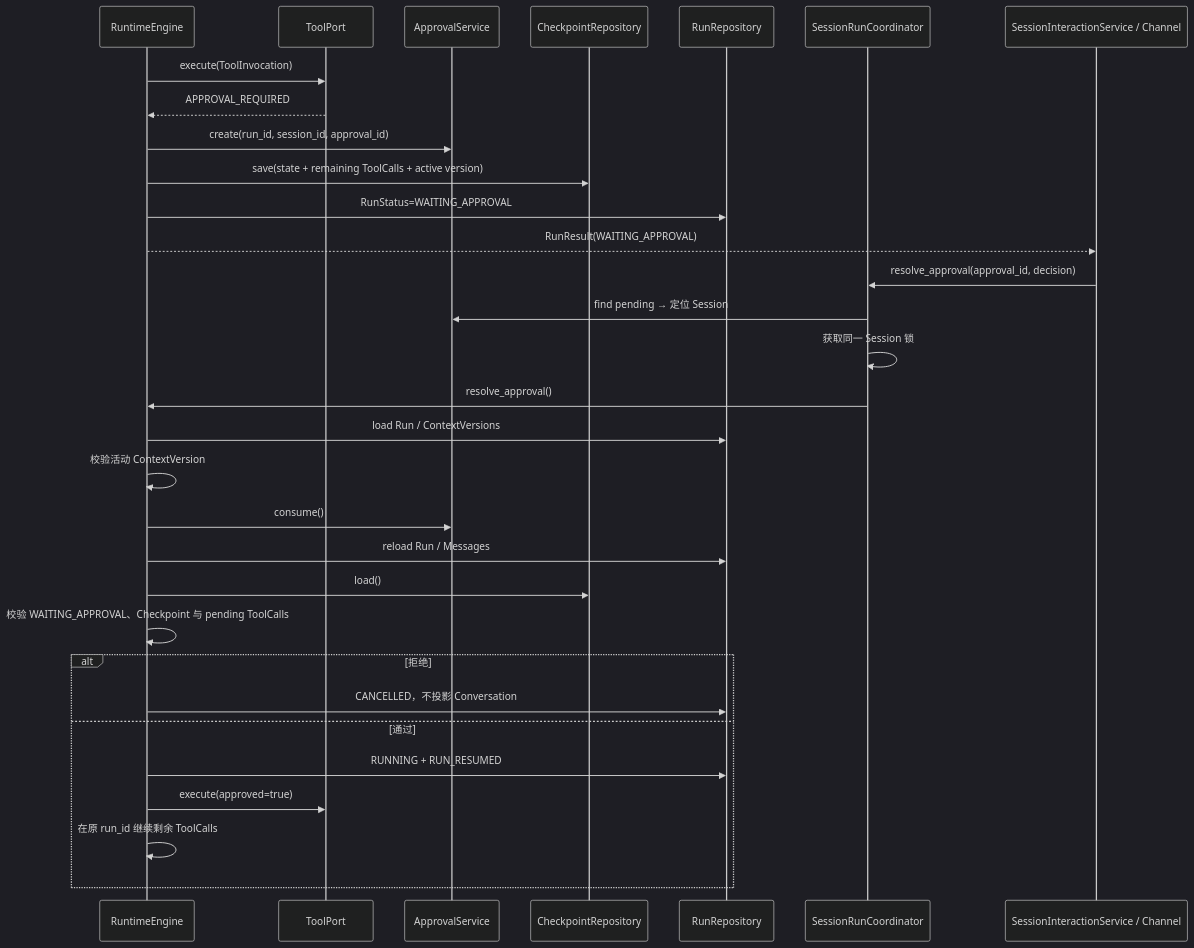
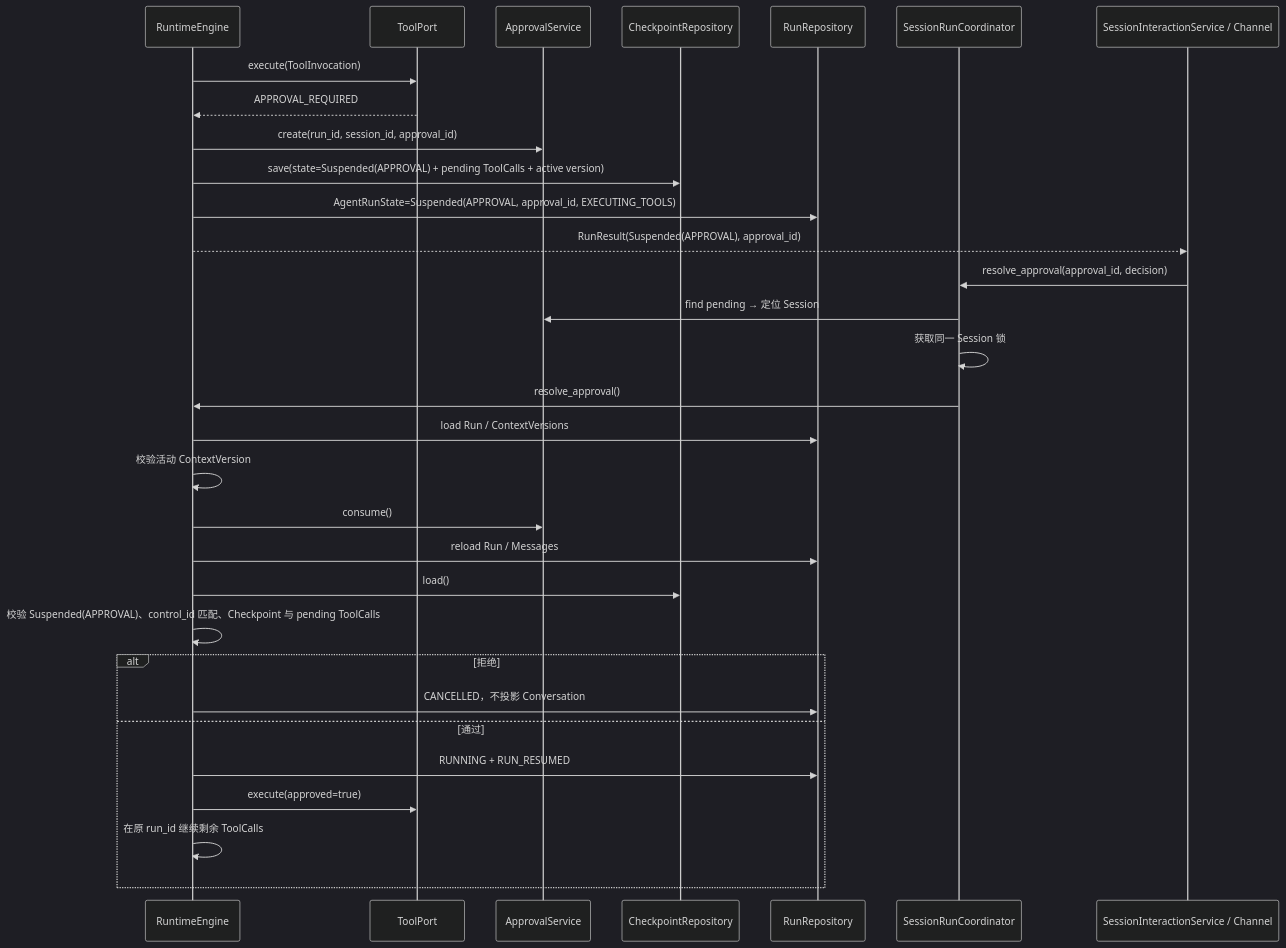
Before and after one commit to aandbcct/dotClaw: the tenth of 14 diagrams in docs/wiki/Runtime 模块总体说明.md, drawn with Mermaid (dark theme). The commit also changed other lines of this file and 12 other files, not shown here.

````diff
--- a/docs/wiki/Runtime 模块总体说明.md
+++ b/docs/wiki/Runtime 模块总体说明.md
@@ -1373,36 +1405,36 @@
 ```mermaid
 sequenceDiagram
     participant Engine as RuntimeEngine
     participant Tool as ToolPort
     participant Approval as ApprovalService
     participant Checkpoint as CheckpointRepository
     participant RunRepo as RunRepository
     participant Coord as SessionRunCoordinator
     participant Entry as SessionInteractionService / Channel
 
     Engine->>Tool: execute(ToolInvocation)
     Tool-->>Engine: APPROVAL_REQUIRED
     Engine->>Approval: create(run_id, session_id, approval_id)
-    Engine->>Checkpoint: save(state + remaining ToolCalls + active version)
-    Engine->>RunRepo: RunStatus=WAITING_APPROVAL
-    Engine-->>Entry: RunResult(WAITING_APPROVAL)
+    Engine->>Checkpoint: save(state=Suspended(APPROVAL) + pending ToolCalls + active version)
+    Engine->>RunRepo: AgentRunState=Suspended(APPROVAL, approval_id, EXECUTING_TOOLS)
+    Engine-->>Entry: RunResult(Suspended(APPROVAL), approval_id)
 
     Entry->>Coord: resolve_approval(approval_id, decision)
     Coord->>Approval: find pending → 定位 Session
     Coord->>Coord: 获取同一 Session 锁
     Coord->>Engine: resolve_approval()
 
     Engine->>RunRepo: load Run / ContextVersions
     Engine->>Engine: 校验活动 ContextVersion
     Engine->>Approval: consume()
     Engine->>RunRepo: reload Run / Messages
     Engine->>Checkpoint: load()
-    Engine->>Engine: 校验 WAITING_APPROVAL、Checkpoint 与 pending ToolCalls
+    Engine->>Engine: 校验 Suspended(APPROVAL)、control_id 匹配、Checkpoint 与 pending ToolCalls
     alt 拒绝
         Engine->>RunRepo: CANCELLED，不投影 Conversation
     else 通过
         Engine->>RunRepo: RUNNING + RUN_RESUMED
         Engine->>Tool: execute(approved=true)
         Engine->>Engine: 在原 run_id 继续剩余 ToolCalls
     end
 ```
````
